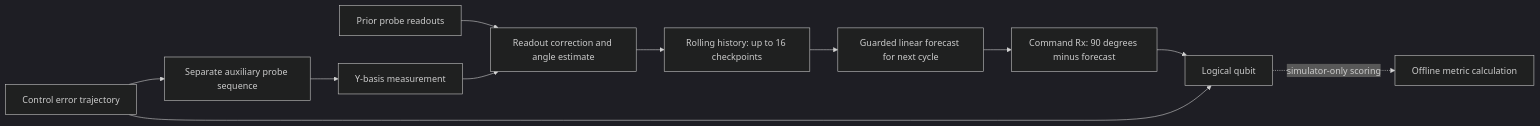
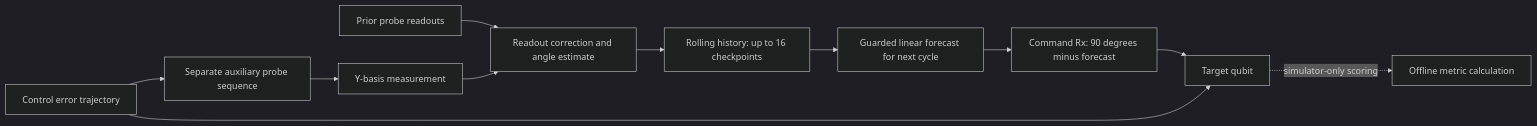
The diagram in docs/architecture.md (unluckxd/Predictive-Quantum-Error-Compensation), drawn with Mermaid (dark theme) before and after one commit. The commit also changed other lines of this file and 9 other files, not shown here.

Commit message:
Clarify target-qubit terminology and context

````diff
--- a/docs/architecture.md
+++ b/docs/architecture.md
@@ -11,13 +11,13 @@
 ```mermaid
 flowchart LR
     H[Prior probe readouts] --> E[Readout correction and angle estimate]
     E --> W[Rolling history: up to 16 checkpoints]
     W --> F[Guarded linear forecast for next cycle]
     F --> C[Command Rx: 90 degrees minus forecast]
-    C --> L[Logical qubit]
+    C --> L[Target qubit]
     D[Control error trajectory] --> L
     D --> P[Separate auxiliary probe sequence]
     P --> R[Y-basis measurement]
     R --> E
     L -. simulator-only scoring .-> S[Offline metric calculation]
 ```
````
